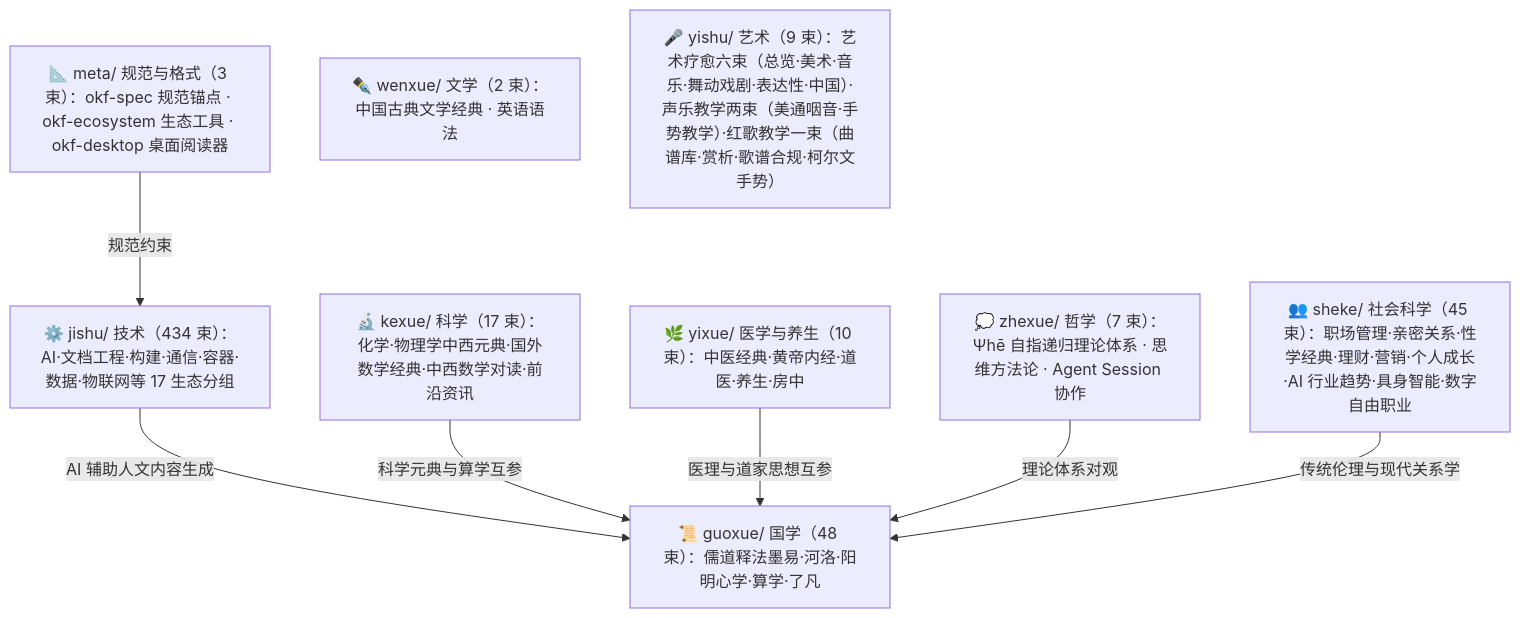
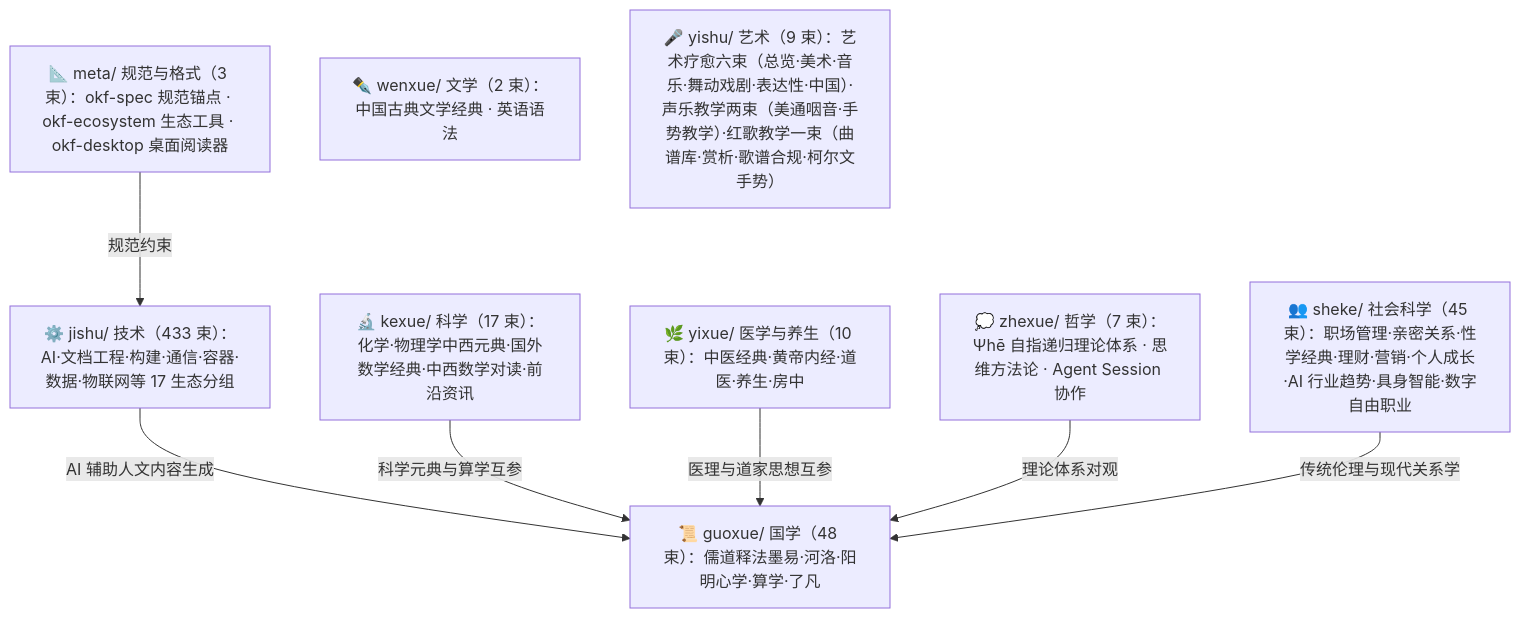
One commit to awesome-flexloop/awesome-okf changed the diagram in doc/bundles/index.md. Above: the diagram before and after it, drawn with Mermaid. The commit also changed other lines of this file and 30 other files, not shown here.

````diff
--- a/doc/bundles/index.md
+++ b/doc/bundles/index.md
@@ -21,18 +21,18 @@
 ```mermaid
 flowchart TD
     meta["📐 meta/ 规范与格式（3 束）：okf-spec 规范锚点 · okf-ecosystem 生态工具 · okf-desktop 桌面阅读器"]
     guoxue["📜 guoxue/ 国学（48 束）：儒道释法墨易·河洛·阳明心学·算学·了凡"]
     zhexue["💭 zhexue/ 哲学（7 束）：Ψhē 自指递归理论体系 · 思维方法论 · Agent Session 协作"]
     kexue["🔬 kexue/ 科学（17 束）：化学·物理学中西元典·国外数学经典·中西数学对读·前沿资讯"]
     wenxue["✒️ wenxue/ 文学（2 束）：中国古典文学经典 · 英语语法"]
     yixue["🌿 yixue/ 医学与养生（10 束）：中医经典·黄帝内经·道医·养生·房中"]
     sheke["👥 sheke/ 社会科学（45 束）：职场管理·亲密关系·性学经典·理财·营销·个人成长·AI 行业趋势·具身智能·数字自由职业"]
     yishu["🎤 yishu/ 艺术（9 束）：艺术疗愈六束（总览·美术·音乐·舞动戏剧·表达性·中国）·声乐教学两束（美通咽音·手势教学）·红歌教学一束（曲谱库·赏析·歌谱合规·柯尔文手势）"]
-    jishu["⚙️ jishu/ 技术（434 束）：AI·文档工程·构建·通信·容器·数据·物联网等 17 生态分组"]
+    jishu["⚙️ jishu/ 技术（433 束）：AI·文档工程·构建·通信·容器·数据·物联网等 17 生态分组"]
     meta -->|"规范约束"| jishu
     jishu -->|"AI 辅助人文内容生成"| guoxue
     kexue -->|"科学元典与算学互参"| guoxue
     yixue -->|"医理与道家思想互参"| guoxue
     zhexue -->|"理论体系对观"| guoxue
     sheke -->|"传统伦理与现代关系学"| guoxue
 ```
````
